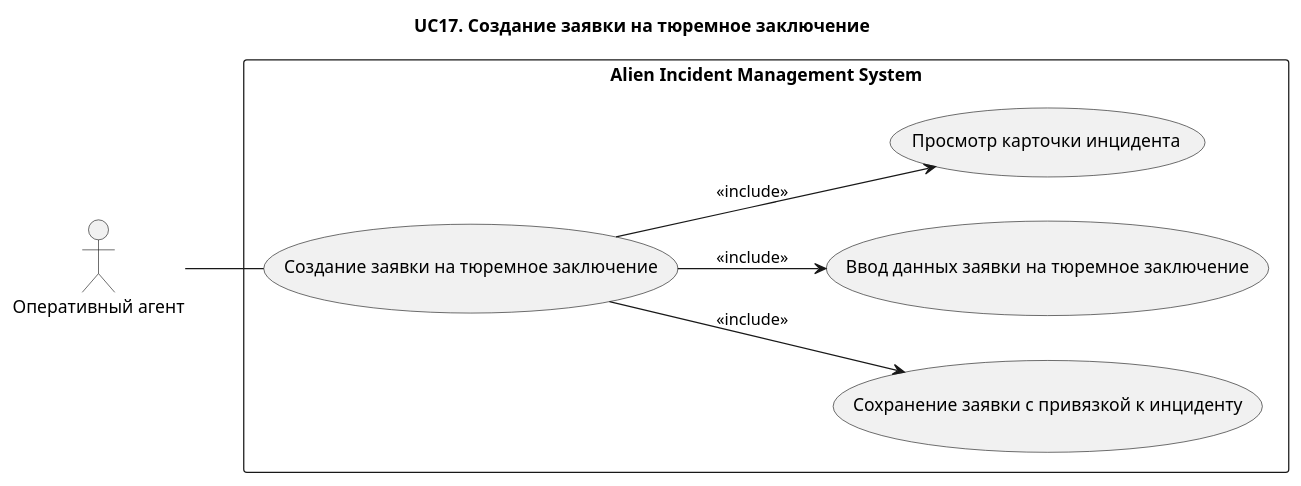
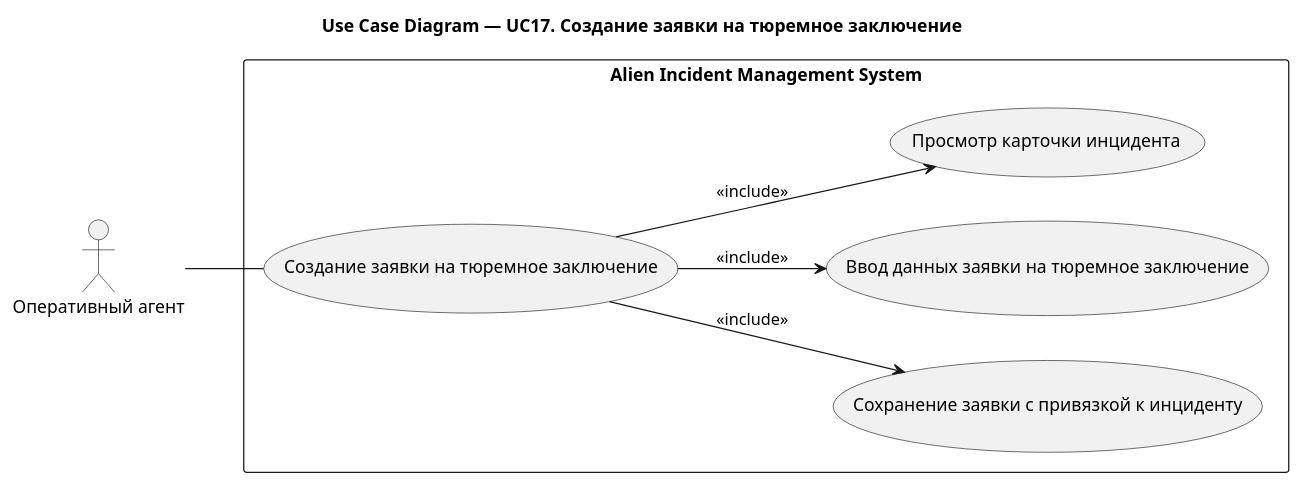
Before and after one commit to Andryss/AIMS: the diagram in docs/use-case/UC17.md, drawn with PlantUML. The commit also changed 31 other files, not shown here.

````diff
--- a/docs/use-case/UC17.md
+++ b/docs/use-case/UC17.md
@@ -5,25 +5,25 @@
 ```plantuml
 @startuml
-title UC17. Создание заявки на тюремное заключение
+title Use Case Diagram — UC17. Создание заявки на тюремное заключение
 left to right direction
 
 actor "Оперативный агент" as Agent
 
 rectangle "Alien Incident Management System" {
 
 (Создание заявки на тюремное заключение) as UC11
 
 (Сохранение заявки с привязкой к инциденту) as UC115
 (Ввод данных заявки на тюремное заключение) as UC112
 (Просмотр карточки инцидента) as UC111
 
 }
 
 Agent -- UC11
 
 UC11 --> UC111 : <<include>>
 UC11 --> UC112 : <<include>>
 UC11 --> UC115 : <<include>>
 
 @enduml
 ```
````
